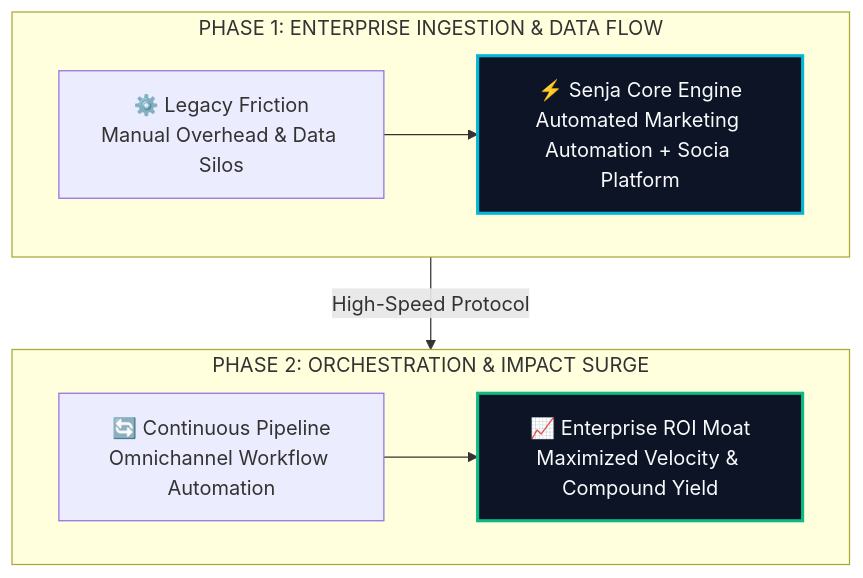
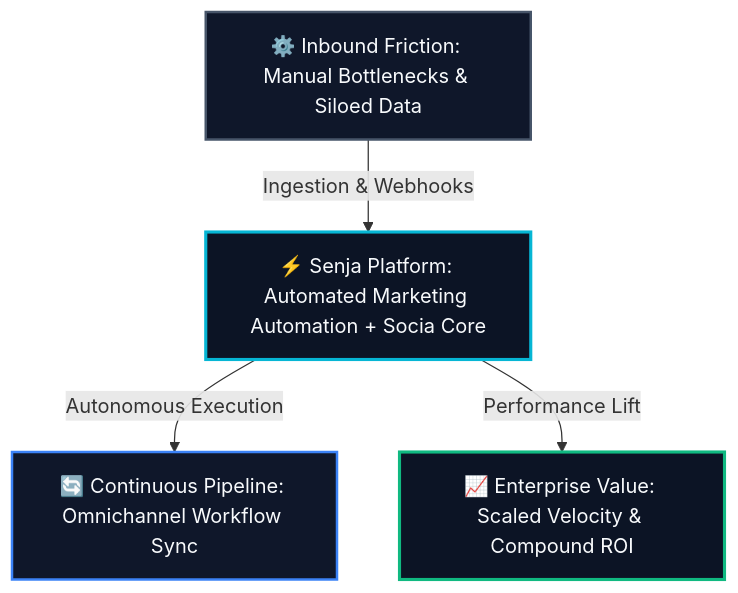
The diagram in site/src/content/blog/senja-social-proof-conversion-guide.md (heliatech-media/saas-radar), drawn with Mermaid before and after one commit. The commit also changed 93 other files, not shown here.

First line of the commit message:
fix(diagrams): resolve dagre-d3 subgraph collision by migrating to balanced 3-tier Hub & Spoke architecture

````diff
--- a/site/src/content/blog/senja-social-proof-conversion-guide.md
+++ b/site/src/content/blog/senja-social-proof-conversion-guide.md
@@ -51,14 +51,14 @@
 ```mermaid
 flowchart TD
-    subgraph S1["PHASE 1: ENTERPRISE INGESTION & DATA FLOW"]
-        direction LR
-        A["⚙️ Legacy Friction<br/>Manual Overhead & Data Silos"] --> B["⚡ Senja Core Engine<br/>Automated Marketing Automation + Socia Platform"]
-    end
-    subgraph S2["PHASE 2: ORCHESTRATION & IMPACT SURGE"]
-        direction LR
-        C["🔄 Continuous Pipeline<br/>Omnichannel Workflow Automation"] --> D["📈 Enterprise ROI Moat<br/>Maximized Velocity & Compound Yield"]
-    end
-    S1 -->|High-Speed Protocol| S2
-    style B fill:#0c1425,stroke:#06b6d4,stroke-width:2.5px,color:#f8fafc
-    style D fill:#0c1425,stroke:#10b981,stroke-width:2.5px,color:#f8fafc
+    Inp["⚙️ Inbound Friction: Manual Bottlenecks & Siloed Data"]
+    Eng["⚡ Senja Platform: Automated Marketing Automation + Socia Core"]
+    Out1["🔄 Continuous Pipeline: Omnichannel Workflow Sync"]
+    Out2["📈 Enterprise Value: Scaled Velocity & Compound ROI"]
+    Inp -->|Ingestion & Webhooks| Eng
+    Eng -->|Autonomous Execution| Out1
+    Eng -->|Performance Lift| Out2
+    style Inp fill:#0f172a,stroke:#475569,stroke-width:2px,color:#f8fafc
+    style Eng fill:#0c1425,stroke:#06b6d4,stroke-width:2.5px,color:#f8fafc
+    style Out1 fill:#0f172a,stroke:#3b82f6,stroke-width:2px,color:#f8fafc
+    style Out2 fill:#0c1425,stroke:#10b981,stroke-width:2.5px,color:#f8fafc
 ```
````
